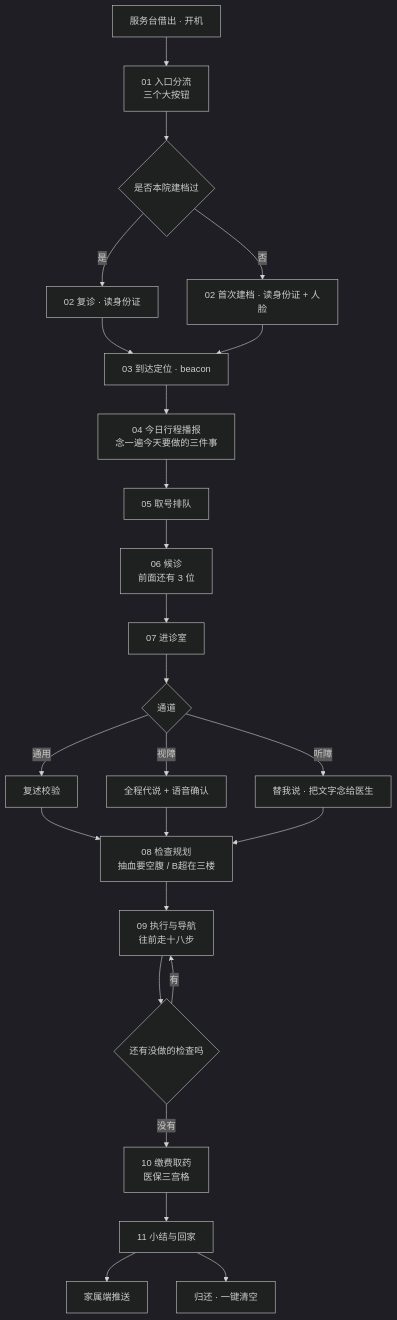
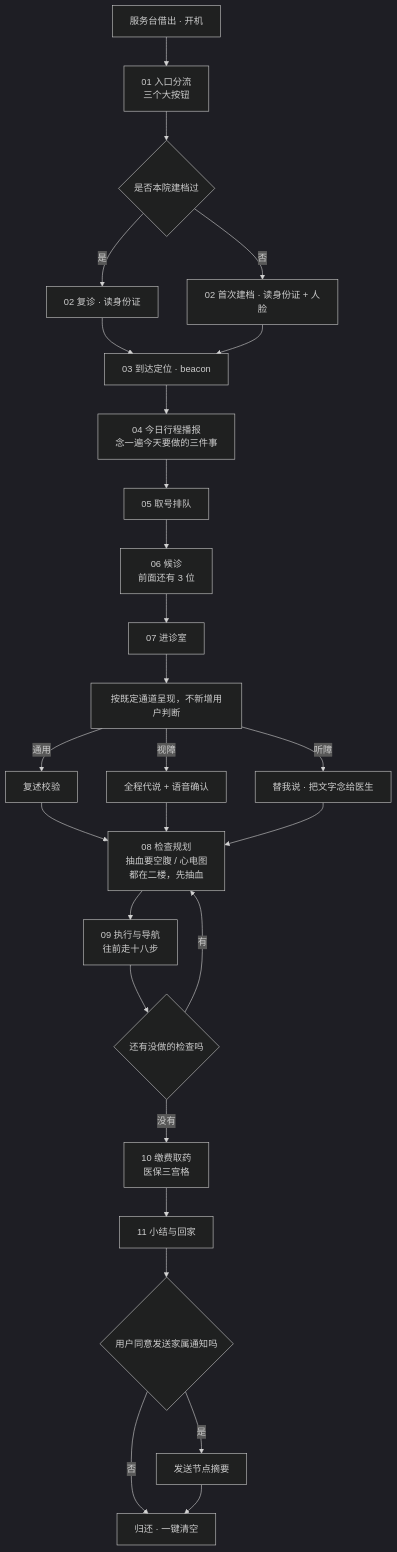
One commit to xiangyuli494-cmyk/medpal-hc2026 changed the first of 2 diagrams in 02-design/03-交互流程.md. Above: the diagram before and after it, drawn with Mermaid (dark theme). The commit also changed other lines of this file and 25 other files, not shown here.

````diff
--- a/02-design/03-交互流程.md
+++ b/02-design/03-交互流程.md
@@ -7,27 +7,29 @@
 ```mermaid
 flowchart TD
   A[服务台借出 · 开机] --> B[01 入口分流<br/>三个大按钮]
   B --> C{是否本院建档过}
   C -- 是 --> D[02 复诊 · 读身份证]
   C -- 否 --> E[02 首次建档 · 读身份证 + 人脸]
   D --> F[03 到达定位 · beacon]
   E --> F
   F --> G[04 今日行程播报<br/>念一遍今天要做的三件事]
   G --> H[05 取号排队]
   H --> I[06 候诊<br/>前面还有 3 位]
   I --> J[07 进诊室]
-  J --> K{通道}
+  J --> K[按既定通道呈现，不新增用户判断]
   K -- 通用 --> K1[复述校验]
   K -- 视障 --> K2[全程代说 + 语音确认]
   K -- 听障 --> K3[替我说 · 把文字念给医生]
-  K1 --> L[08 检查规划<br/>抽血要空腹 / B超在三楼]
+  K1 --> L[08 检查规划<br/>抽血要空腹 / 心电图<br/>都在二楼，先抽血]
   K2 --> L
   K3 --> L
   L --> M[09 执行与导航<br/>往前走十八步]
   M --> N{还有没做的检查吗}
-  N -- 有 --> M
+  N -- 有 --> L
   N -- 没有 --> O[10 缴费取药<br/>医保三宫格]
   O --> P[11 小结与回家]
-  P --> Q[家属端推送]
-  P --> R[归还 · 一键清空]
+  P --> Q{用户同意发送家属通知吗}
+  Q -- 是 --> Q1[发送节点摘要]
+  Q -- 否 --> R[归还 · 一键清空]
+  Q1 --> R
 ```
````
